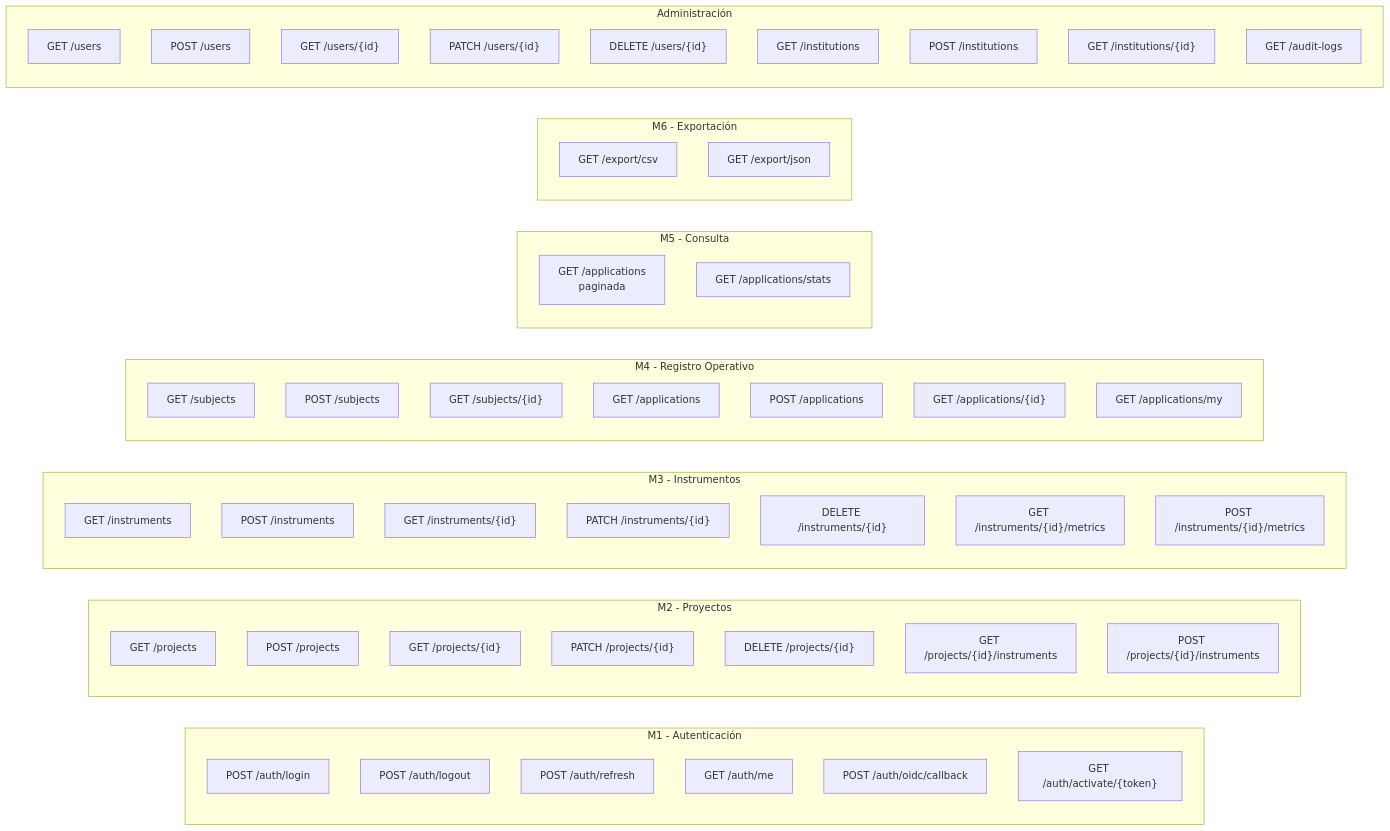
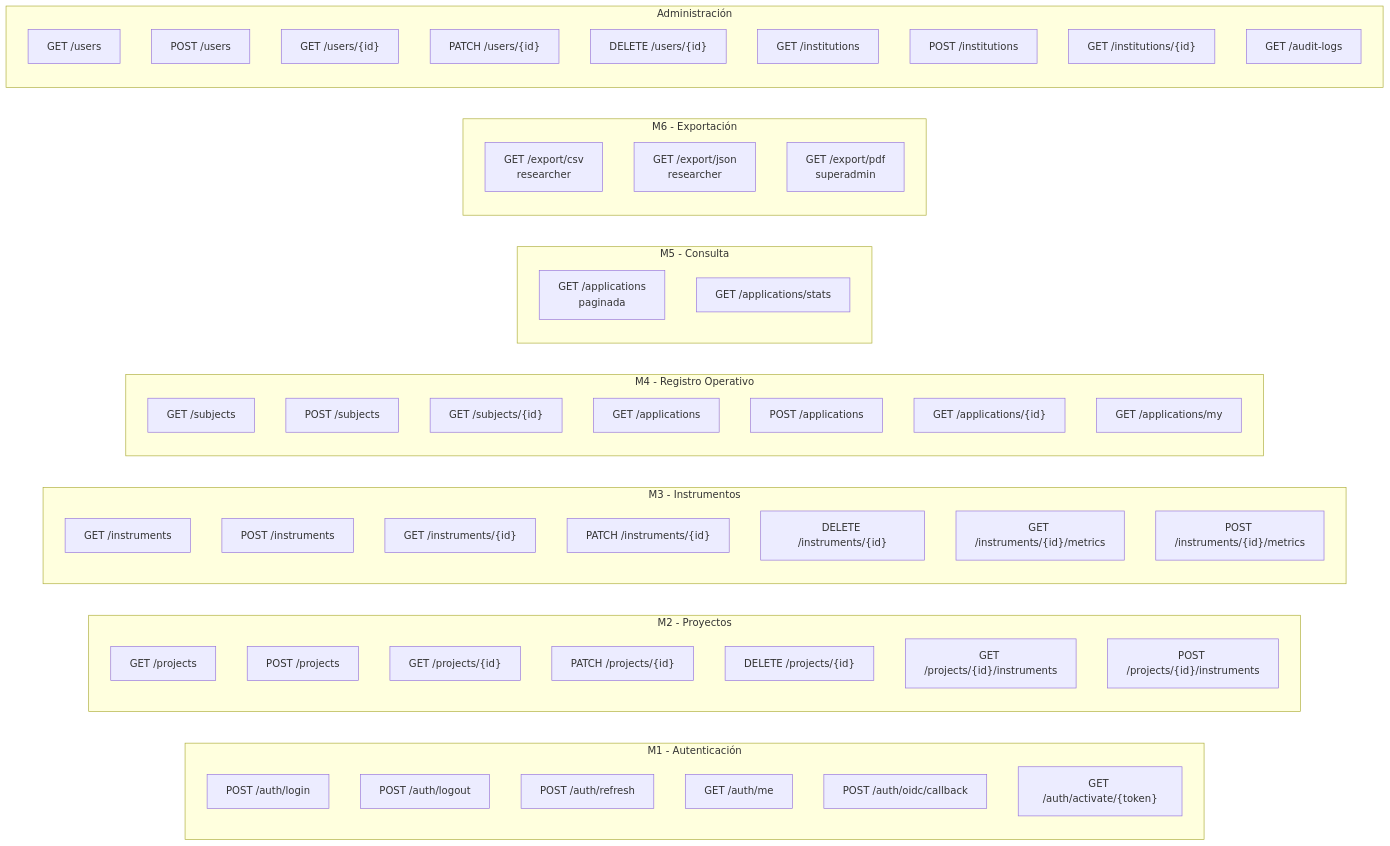
Before and after one commit to Angel-crypt/methodology-core: the fifth of 19 diagrams in docs/diagrama-sistema.md, drawn with Mermaid. The commit also changed 2 other files, not shown here.

Commit message:
feat: Update documentation for M5/M6 endpoints and operational status in architecture and technical sheet

````diff
--- a/docs/diagrama-sistema.md
+++ b/docs/diagrama-sistema.md
@@ -263,63 +263,64 @@
 ```mermaid
 graph LR
     subgraph "M1 - Autenticación"
         M1A[POST /auth/login]
         M1B[POST /auth/logout]
         M1C[POST /auth/refresh]
         M1D[GET /auth/me]
         M1E[POST /auth/oidc/callback]
         M1F["GET /auth/activate/{token}"]
     end
 
     subgraph "M2 - Proyectos"
         M2A[GET /projects]
         M2B[POST /projects]
         M2C["GET /projects/{id}"]
         M2D["PATCH /projects/{id}"]
         M2E["DELETE /projects/{id}"]
         M2F["GET /projects/{id}/instruments"]
         M2G["POST /projects/{id}/instruments"]
     end
 
     subgraph "M3 - Instrumentos"
         M3A[GET /instruments]
         M3B[POST /instruments]
         M3C["GET /instruments/{id}"]
         M3D["PATCH /instruments/{id}"]
         M3E["DELETE /instruments/{id}"]
         M3F["GET /instruments/{id}/metrics"]
         M3G["POST /instruments/{id}/metrics"]
     end
 
     subgraph "M4 - Registro Operativo"
         M4A[GET /subjects]
         M4B[POST /subjects]
         M4C["GET /subjects/{id}"]
         M4D[GET /applications]
         M4E[POST /applications]
         M4F["GET /applications/{id}"]
         M4G[GET /applications/my]
     end
 
     subgraph "M5 - Consulta"
         M5A[GET /applications<br/>paginada]
         M5B[GET /applications/stats]
     end
 
     subgraph "M6 - Exportación"
-        M6A[GET /export/csv]
-        M6B[GET /export/json]
+        M6A[GET /export/csv<br/>researcher]
+        M6B[GET /export/json<br/>researcher]
+        M6C[GET /export/pdf<br/>superadmin]
     end
 
     subgraph "Administración"
         AD1[GET /users]
         AD2[POST /users]
         AD3["GET /users/{id}"]
         AD4["PATCH /users/{id}"]
         AD5["DELETE /users/{id}"]
         AD6[GET /institutions]
         AD7[POST /institutions]
         AD8["GET /institutions/{id}"]
         AD9["GET /audit-logs"]
     end
 ```
````
